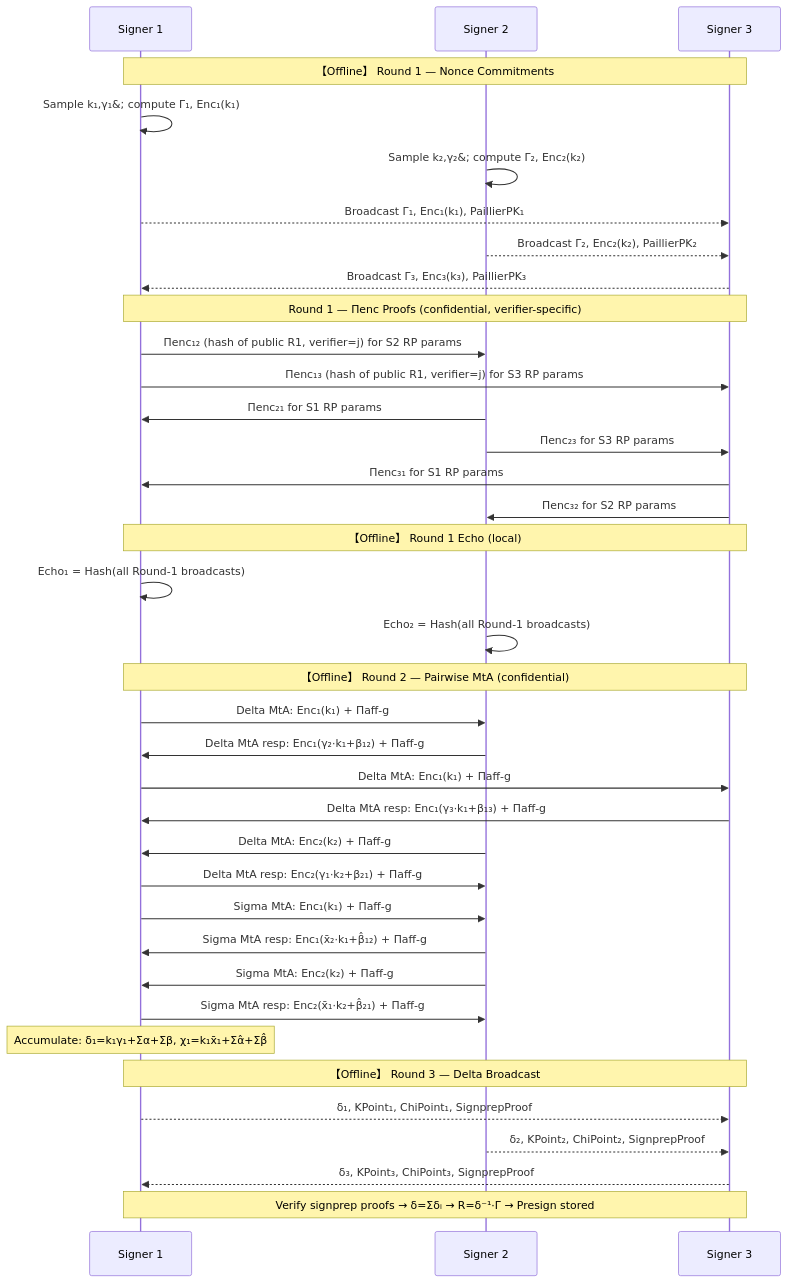
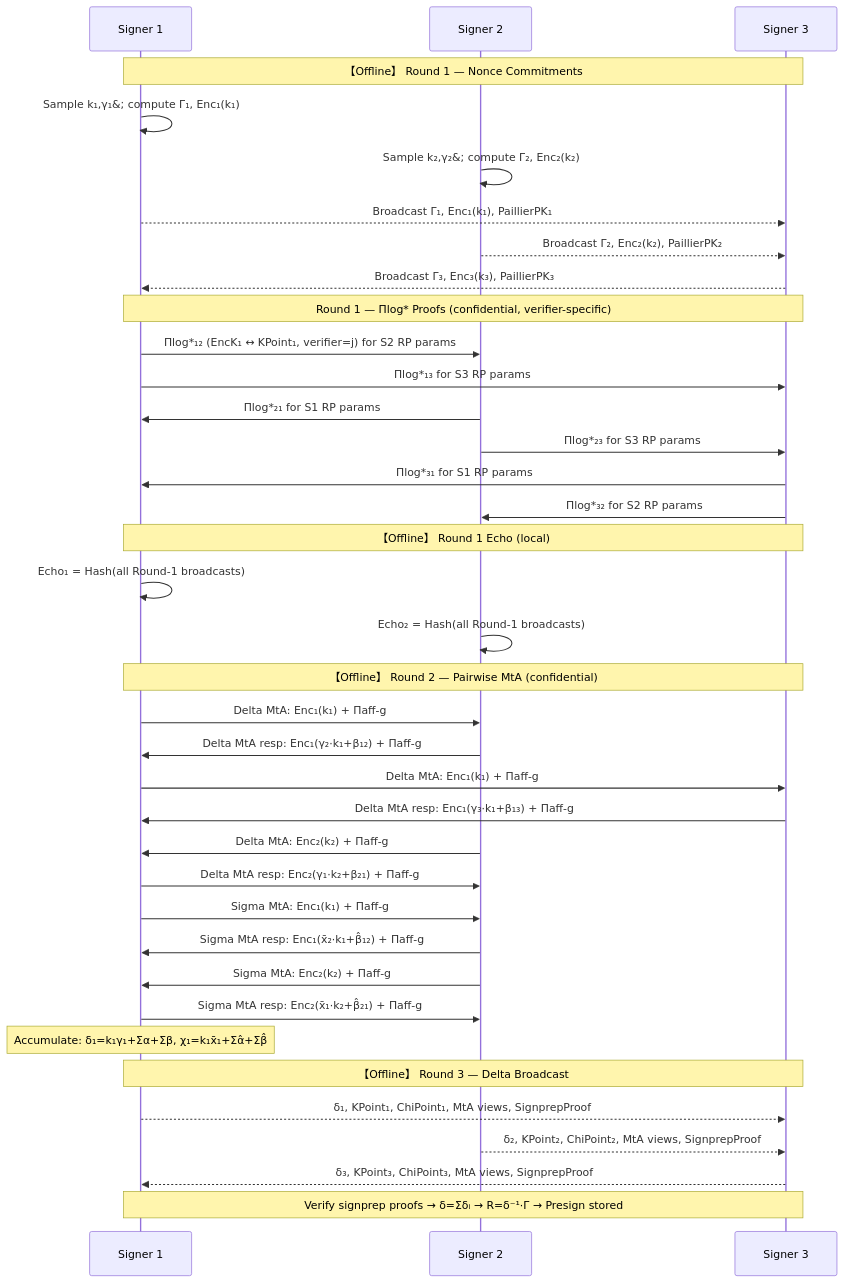
The second of 5 diagrams in docs/cggmp21-secp256k1.md (islishude/tss), drawn with Mermaid before and after one commit. The commit also changed other lines of this file and 137 other files, not shown here.

````diff
--- a/docs/cggmp21-secp256k1.md
+++ b/docs/cggmp21-secp256k1.md
@@ -767,46 +850,46 @@
 ```mermaid
 sequenceDiagram
     participant S1 as Signer 1
     participant S2 as Signer 2
     participant S3 as Signer 3
 
     Note over S1,S3: 【Offline】 Round 1 — Nonce Commitments
     S1->>S1: Sample k₁,γ₁&#59; compute Γ₁, Enc₁(k₁)
     S2->>S2: Sample k₂,γ₂&#59; compute Γ₂, Enc₂(k₂)
     S1-->>S3: Broadcast Γ₁, Enc₁(k₁), PaillierPK₁
     S2-->>S3: Broadcast Γ₂, Enc₂(k₂), PaillierPK₂
     S3-->>S1: Broadcast Γ₃, Enc₃(k₃), PaillierPK₃
 
-    Note over S1,S3: Round 1 — Πenc Proofs (confidential, verifier-specific)
-    S1->>S2: Πenc₁₂ (hash of public R1, verifier=j) for S2 RP params
-    S1->>S3: Πenc₁₃ (hash of public R1, verifier=j) for S3 RP params
-    S2->>S1: Πenc₂₁ for S1 RP params
-    S2->>S3: Πenc₂₃ for S3 RP params
-    S3->>S1: Πenc₃₁ for S1 RP params
-    S3->>S2: Πenc₃₂ for S2 RP params
+    Note over S1,S3: Round 1 — Πlog* Proofs (confidential, verifier-specific)
+    S1->>S2: Πlog*₁₂ (EncK₁ ↔ KPoint₁, verifier=j) for S2 RP params
+    S1->>S3: Πlog*₁₃ for S3 RP params
+    S2->>S1: Πlog*₂₁ for S1 RP params
+    S2->>S3: Πlog*₂₃ for S3 RP params
+    S3->>S1: Πlog*₃₁ for S1 RP params
+    S3->>S2: Πlog*₃₂ for S2 RP params
 
     Note over S1,S3: 【Offline】 Round 1 Echo (local)
     S1->>S1: Echo₁ = Hash(all Round-1 broadcasts)
     S2->>S2: Echo₂ = Hash(all Round-1 broadcasts)
 
     Note over S1,S3: 【Offline】 Round 2 — Pairwise MtA (confidential)
     S1->>S2: Delta MtA: Enc₁(k₁) + Πaff-g
     S2->>S1: Delta MtA resp: Enc₁(γ₂·k₁+β₁₂) + Πaff-g
     S1->>S3: Delta MtA: Enc₁(k₁) + Πaff-g
     S3->>S1: Delta MtA resp: Enc₁(γ₃·k₁+β₁₃) + Πaff-g
     S2->>S1: Delta MtA: Enc₂(k₂) + Πaff-g
     S1->>S2: Delta MtA resp: Enc₂(γ₁·k₂+β₂₁) + Πaff-g
     S1->>S2: Sigma MtA: Enc₁(k₁) + Πaff-g
     S2->>S1: Sigma MtA resp: Enc₁(x̄₂·k₁+β̂₁₂) + Πaff-g
     S2->>S1: Sigma MtA: Enc₂(k₂) + Πaff-g
     S1->>S2: Sigma MtA resp: Enc₂(x̄₁·k₂+β̂₂₁) + Πaff-g
 
     Note over S1: Accumulate: δ₁=k₁γ₁+Σα+Σβ, χ₁=k₁x̄₁+Σα̂+Σβ̂
 
     Note over S1,S3: 【Offline】 Round 3 — Delta Broadcast
-    S1-->>S3: δ₁, KPoint₁, ChiPoint₁, SignprepProof
-    S2-->>S3: δ₂, KPoint₂, ChiPoint₂, SignprepProof
-    S3-->>S1: δ₃, KPoint₃, ChiPoint₃, SignprepProof
+    S1-->>S3: δ₁, KPoint₁, ChiPoint₁, MtA views, SignprepProof
+    S2-->>S3: δ₂, KPoint₂, ChiPoint₂, MtA views, SignprepProof
+    S3-->>S1: δ₃, KPoint₃, ChiPoint₃, MtA views, SignprepProof
 
     Note over S1,S3: Verify signprep proofs → δ=Σδᵢ → R=δ⁻¹·Γ → Presign stored
 ```
````
